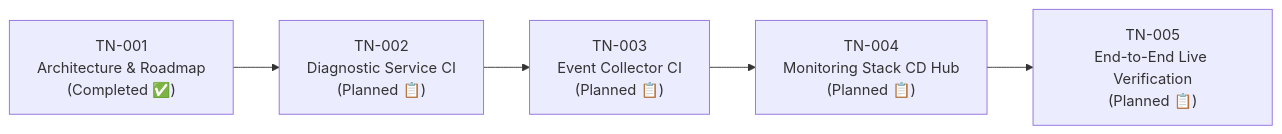
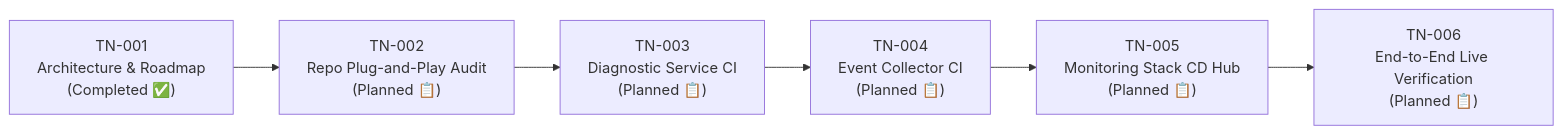
The second of 2 diagrams in docs/projects/tomcat-monitoring/engineering-journal/continuous-integration-and-deployment/TN-001-design-production-ready-jenkins-cicd-pipeline-architecture.md (edkas07-oss/devops-handbook), drawn with Mermaid before and after one commit. The commit also changed other lines of this file and 1 other file, not shown here.

Commit message:
docs(journal): update roadmap to include TN-002 plug-and-play repo standardization

````diff
--- a/docs/projects/tomcat-monitoring/engineering-journal/continuous-integration-and-deployment/TN-001-design-production-ready-jenkins-cicd-pipeline-architecture.md
+++ b/docs/projects/tomcat-monitoring/engineering-journal/continuous-integration-and-deployment/TN-001-design-production-ready-jenkins-cicd-pipeline-architecture.md
@@ -269,7 +269,8 @@
 ```mermaid
 flowchart LR
-    TN01["TN-001<br/>Architecture & Roadmap<br/>(Completed ✅)"] --> TN02["TN-002<br/>Diagnostic Service CI<br/>(Planned 📋)"]
-    TN02 --> TN03["TN-003<br/>Event Collector CI<br/>(Planned 📋)"]
-    TN03 --> TN04["TN-004<br/>Monitoring Stack CD Hub<br/>(Planned 📋)"]
-    TN04 --> TN05["TN-005<br/>End-to-End Live Verification<br/>(Planned 📋)"]
+    TN01["TN-001<br/>Architecture & Roadmap<br/>(Completed ✅)"] --> TN02["TN-002<br/>Repo Plug-and-Play Audit<br/>(Planned 📋)"]
+    TN02 --> TN03["TN-003<br/>Diagnostic Service CI<br/>(Planned 📋)"]
+    TN03 --> TN04["TN-004<br/>Event Collector CI<br/>(Planned 📋)"]
+    TN04 --> TN05["TN-005<br/>Monitoring Stack CD Hub<br/>(Planned 📋)"]
+    TN05 --> TN06["TN-006<br/>End-to-End Live Verification<br/>(Planned 📋)"]
 ```
````
